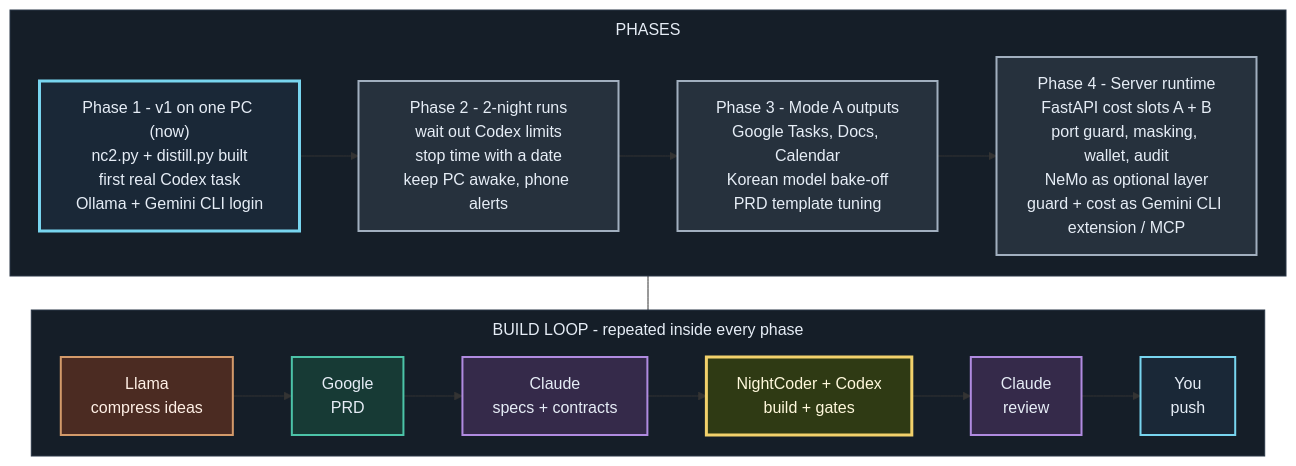
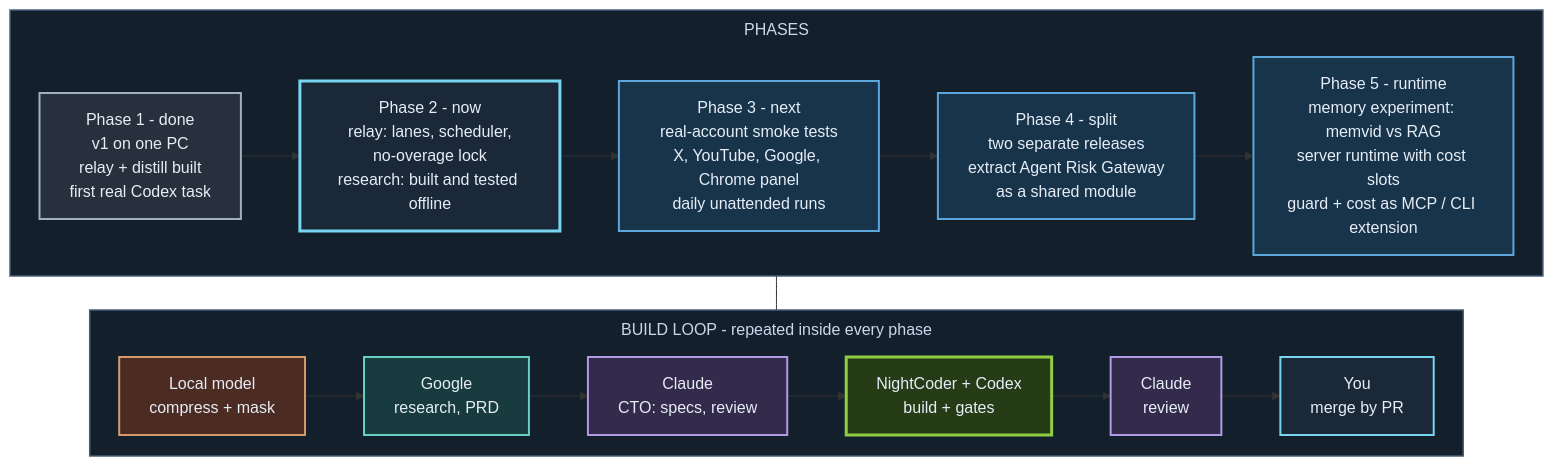
Before and after one commit to ai-agent-orchestrator/nightcoder: the diagram in assets/diagrams/nightcoder-roadmap-dark.mmd, drawn with Mermaid. The commit also changed 12 other files, not shown here.

First line of the commit message:
README: sync with current development, split into Research and Relay products, new flowcharts

```diff
--- a/assets/diagrams/nightcoder-roadmap-dark.mmd
+++ b/assets/diagrams/nightcoder-roadmap-dark.mmd
@@ -1,32 +1,35 @@
 %%{init: {"flowchart": {"rankSpacing": 34, "nodeSpacing": 22, "subGraphTitleMargin": {"top": 8, "bottom": 18}}}}%%
 flowchart TB
     subgraph Phases["PHASES"]
         direction LR
-        P1["Phase 1 - v1 on one PC (now)<br/>nc2.py + distill.py built<br/>first real Codex task<br/>Ollama + Gemini CLI login"]
-        P2["Phase 2 - 2-night runs<br/>wait out Codex limits<br/>stop time with a date<br/>keep PC awake, phone alerts"]
-        P3["Phase 3 - Mode A outputs<br/>Google Tasks, Docs, Calendar<br/>Korean model bake-off<br/>PRD template tuning"]
-        P4["Phase 4 - Server runtime<br/>FastAPI cost slots A + B<br/>port guard, masking, wallet, audit<br/>NeMo as optional layer<br/>guard + cost as Gemini CLI extension / MCP"]
-        P1 --> P2 --> P3 --> P4
+        P1["Phase 1 - done<br/>v1 on one PC<br/>relay + distill built<br/>first real Codex task"]
+        P2["Phase 2 - now<br/>relay: lanes, scheduler,<br/>no-overage lock<br/>research: built and tested offline"]
+        P3["Phase 3 - next<br/>real-account smoke tests<br/>X, YouTube, Google, Chrome panel<br/>daily unattended runs"]
+        P4["Phase 4 - split<br/>two separate releases<br/>extract Agent Risk Gateway<br/>as a shared module"]
+        P5["Phase 5 - runtime<br/>memory experiment: memvid vs RAG<br/>server runtime with cost slots<br/>guard + cost as MCP / CLI extension"]
+        P1 --> P2 --> P3 --> P4 --> P5
     end
     subgraph Loop["BUILD LOOP - repeated inside every phase"]
         direction LR
-        L1["Llama<br/>compress ideas"] --> L2["Google<br/>PRD"] --> L3["Claude<br/>specs + contracts"] --> L4["NightCoder + Codex<br/>build + gates"] --> L5["Claude<br/>review"] --> L6["You<br/>push"]
+        L1["Local model<br/>compress + mask"] --> L2["Google<br/>research, PRD"] --> L3["Claude<br/>CTO: specs, review"] --> L4["NightCoder + Codex<br/>build + gates"] --> L5["Claude<br/>review"] --> L6["You<br/>merge by PR"]
     end
     Phases --- Loop
 
+    classDef done fill:#26313d,stroke:#a1afbf,stroke-width:2px,color:#e6edf6
     classDef now fill:#1a2837,stroke:#78d5ef,stroke-width:3px,color:#e6edf6
-    classDef later fill:#26313d,stroke:#a1afbf,stroke-width:2px,color:#e6edf6
-    classDef llama fill:#4b2b22,stroke:#d39a6a,stroke-width:2px,color:#fff0e6
-    classDef google fill:#173a35,stroke:#4cc3a8,stroke-width:2px,color:#e6edf6
-    classDef claude fill:#352a4a,stroke:#b08be0,stroke-width:2px,color:#e6edf6
-    classDef ours fill:#2f3a14,stroke:#f2d16b,stroke-width:3px,color:#fff8dc
-    classDef you fill:#1a2837,stroke:#78d5ef,stroke-width:2px,color:#e6edf6
-    class P1 now
-    class P2,P3,P4 later
-    class L1 llama
-    class L2 google
-    class L3,L5 claude
-    class L4 ours
-    class L6 you
-    style Phases fill:#151e28,stroke:#2a3746,color:#e6edf6
-    style Loop fill:#151e28,stroke:#2a3746,color:#e6edf6
+    classDef later fill:#18344b,stroke:#5ba7db,stroke-width:2px,color:#e6edf6
+    classDef worker fill:#4b2b22,stroke:#d39a6a,stroke-width:2px,color:#e6edf6
+    classDef strategy fill:#173b3e,stroke:#66cfc8,stroke-width:2px,color:#e6edf6
+    classDef architecture fill:#342a4c,stroke:#b39ae5,stroke-width:2px,color:#e6edf6
+    classDef guard fill:#263c17,stroke:#91cc45,stroke-width:3px,color:#e6edf6
+    classDef result fill:#1a2837,stroke:#78d5ef,stroke-width:2px,color:#e6edf6
+    class P1 done
+    class P2 now
+    class P3,P4,P5 later
+    class L1 worker
+    class L2 strategy
+    class L3,L5 architecture
+    class L4 guard
+    class L6 result
+    style Phases fill:#141f2c,stroke:#455f79,stroke-width:1.5px,color:#c9d8eb
+    style Loop fill:#141f2c,stroke:#455f79,stroke-width:1.5px,color:#c9d8eb
```
